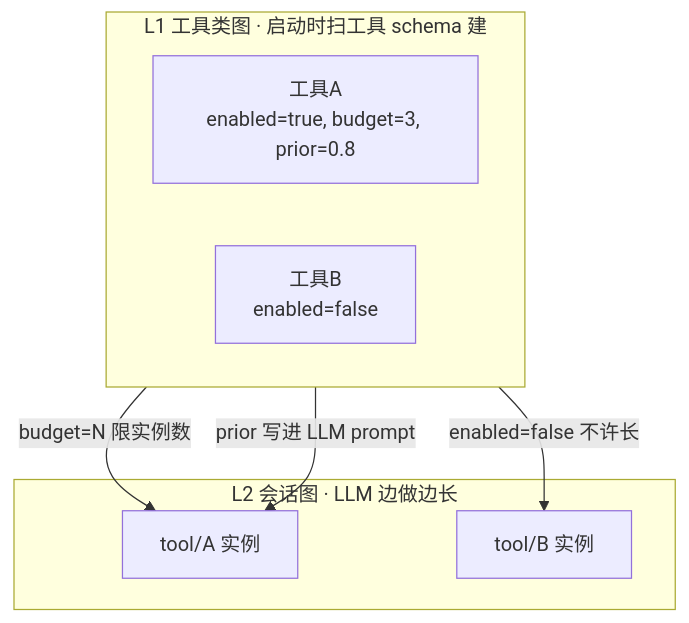
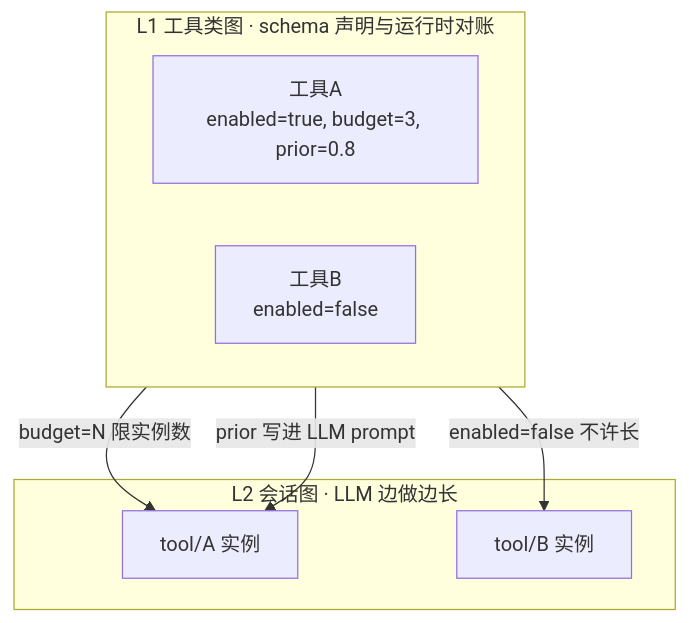
The seventh of 26 diagrams in docs/system-internals.zh.md (Timwood0x10/ARES), drawn with Mermaid before and after one commit. The commit also changed other lines of this file and 4 other files, not shown here.

````diff
--- a/docs/system-internals.zh.md
+++ b/docs/system-internals.zh.md
@@ -804,14 +914,14 @@
 ```mermaid
 flowchart TB
-    subgraph L1[L1 工具类图 · 启动时扫工具 schema 建]
+    subgraph L1[L1 工具类图 · schema 声明与运行时对账]
         toolA[工具A<br/>enabled=true, budget=3, prior=0.8]
         toolB[工具B<br/>enabled=false]
     end
     subgraph L2[L2 会话图 · LLM 边做边长]
         n1[tool/A 实例]
         n2[tool/B 实例]
     end
     L1 -->|enabled=false 不许长| n2
     L1 -->|budget=N 限实例数| n1
     L1 -->|prior 写进 LLM prompt| n1
 ```
````
